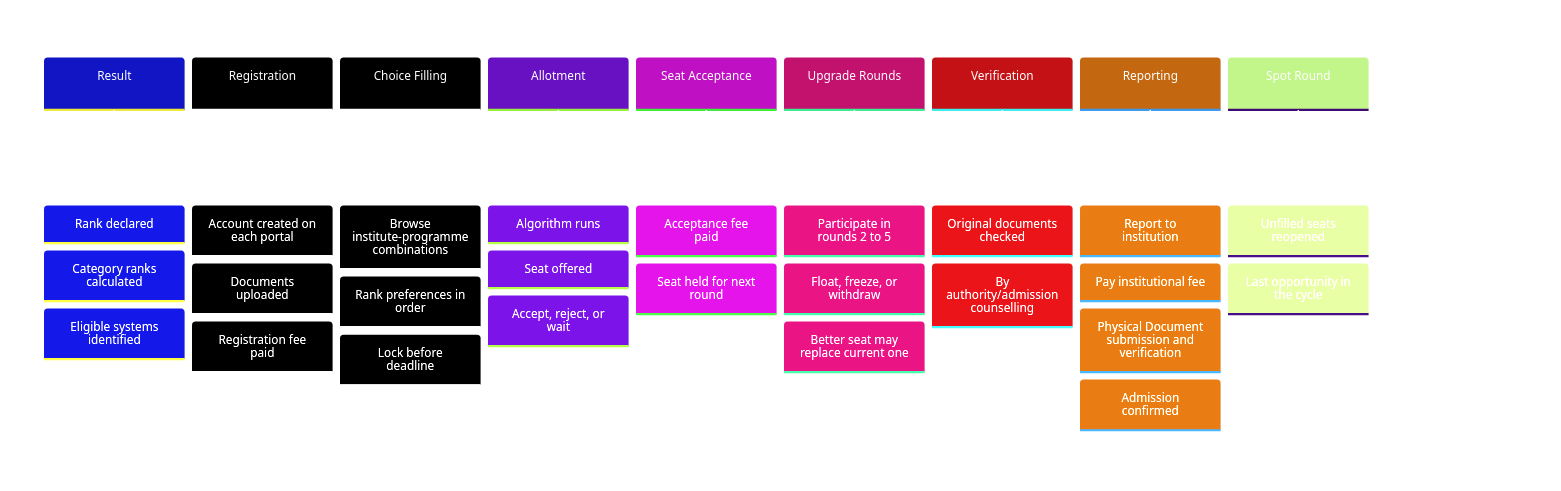
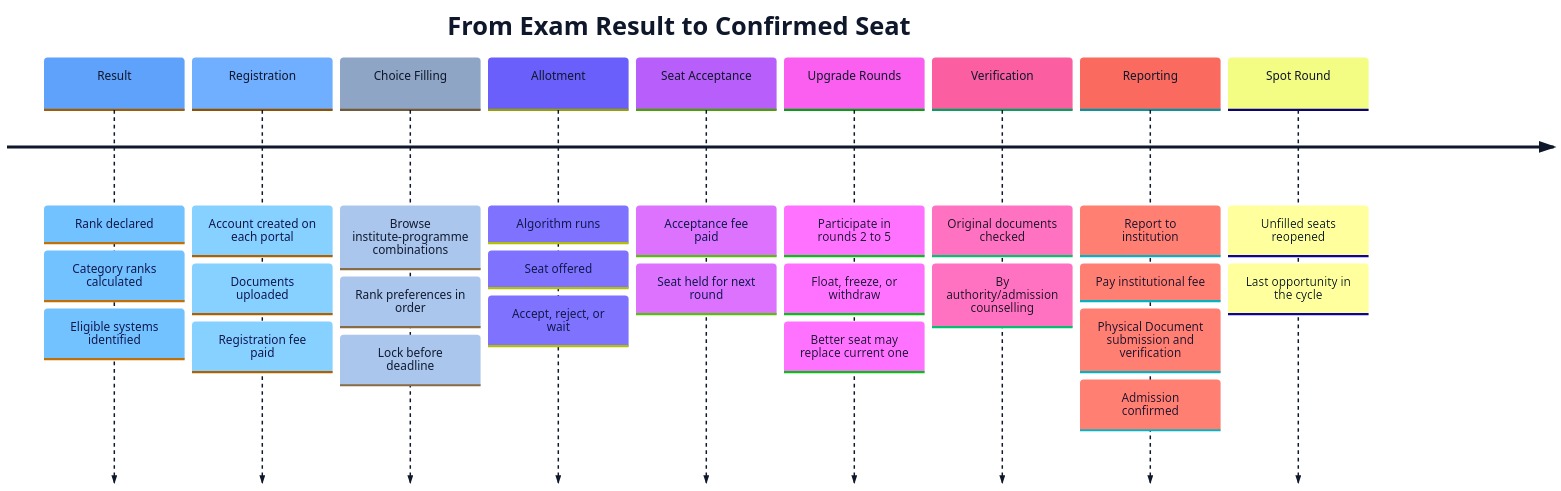
One commit to aashrutsharma2/docs changed the first of 2 diagrams in blueprint/admissions-landscape.mdx. Above: the diagram before and after it, drawn with Mermaid.

Commit message:
Update Mermaid theme in admissions landscape blueprint
Mintlify-Source: dashboard-editor

````diff
--- a/blueprint/admissions-landscape.mdx
+++ b/blueprint/admissions-landscape.mdx
@@ -39,56 +39,56 @@
-```mermaid
+```mermaid actions={true}
 %%{init: {
   'theme': 'base',
   'themeVariables': {
-    'primaryColor': '#6366f1',
-    'primaryTextColor': '#ffffff',
-    'primaryBorderColor': '#4f46e5',
-    'lineColor': '#8b5cf6',
-    'secondaryColor': '#1e1b4b',
-    'tertiaryColor': '#0f172a',
+    'primaryColor': '#dbeafe',
+    'primaryTextColor': '#0f172a',
+    'primaryBorderColor': '#2563eb',
+    'lineColor': '#475569',
+    'secondaryColor': '#eff6ff',
+    'tertiaryColor': '#e2e8f0',
     'background': 'transparent',
-    'mainBkg': '#6366f1',
-    'nodeBorder': '#4f46e5',
-    'clusterBkg': '#1e1b4b',
-    'titleColor': '#a5b4fc',
-    'edgeLabelBackground': '#1e293b',
+    'mainBkg': '#dbeafe',
+    'nodeBorder': '#2563eb',
+    'clusterBkg': '#eff6ff',
+    'titleColor': '#0f172a',
+    'edgeLabelBackground': '#f8fafc',
     'fontFamily': 'Inter, sans-serif'
   }
 }}%%
 timeline
     title From Exam Result to Confirmed Seat
 
     Result         : Rank declared
                    : Category ranks calculated
                    : Eligible systems identified
 
     Registration   : Account created on each portal
                    : Documents uploaded
                    : Registration fee paid
 
     Choice Filling : Browse institute-programme combinations
                    : Rank preferences in order
                    : Lock before deadline
 
     Allotment      : Algorithm runs
                    : Seat offered
                    : Accept, reject, or wait
 
     Seat Acceptance : Acceptance fee paid
                     : Seat held for next round
 
     Upgrade Rounds  : Participate in rounds 2 to 5
                     : Float, freeze, or withdraw
                     : Better seat may replace current one
 
     Verification    : Original documents checked
                     : By authority/admission counselling
 
     Reporting       : Report to institution
                     : Pay institutional fee
                     : Physical Document submission and verification
                     : Admission confirmed
 
     Spot Round      : Unfilled seats reopened
                     : Last opportunity in the cycle
 ```
````
